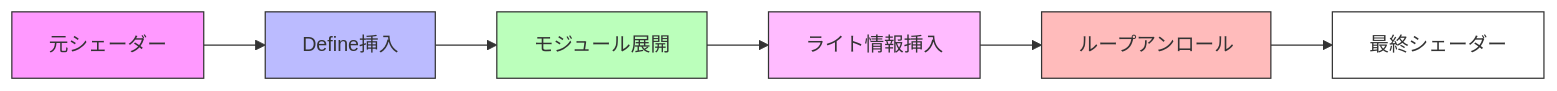
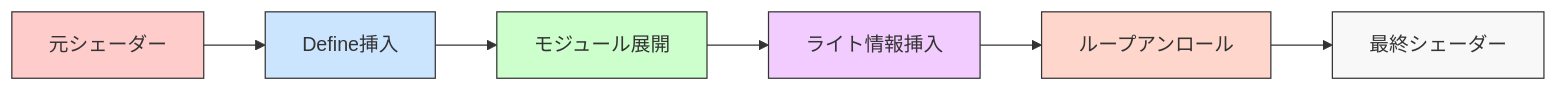
One commit to ukonpower/OREngine changed the third of 3 diagrams in docs/core/render-pipeline.md. Above: the diagram before and after it, drawn with Mermaid. The commit also changed other lines of this file and 5 other files, not shown here.

Commit message:
docs: tweak colors in diagrams

````diff
--- a/docs/core/render-pipeline.md
+++ b/docs/core/render-pipeline.md
@@ -300,15 +300,15 @@
 ```mermaid
 graph LR
     A[元シェーダー] --> B[Define挿入]
     B --> C[モジュール展開]
     C --> D[ライト情報挿入]
     D --> E[ループアンロール]
     E --> F[最終シェーダー]
 
-    style A fill:#f9f,stroke:#333
-    style B fill:#bbf,stroke:#333
-    style C fill:#bfb,stroke:#333
-    style D fill:#fbf,stroke:#333
-    style E fill:#fbb,stroke:#333
-    style F fill:#fff,stroke:#333
+    style A fill:#ffcccc,stroke:#333
+    style B fill:#cce5ff,stroke:#333
+    style C fill:#ccffcc,stroke:#333
+    style D fill:#f3ccff,stroke:#333
+    style E fill:#ffd6cc,stroke:#333
+    style F fill:#f8f8f8,stroke:#333
 ```
````
